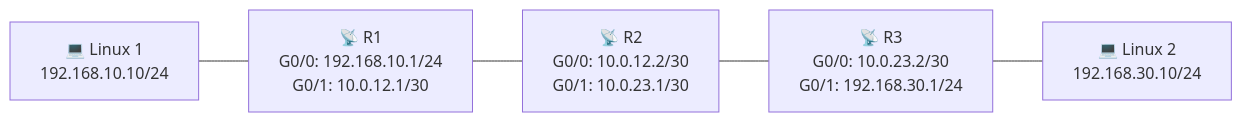
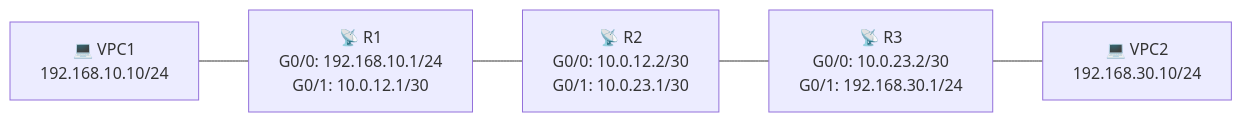
Before and after one commit to oficialvzi/PTR: the second of 3 diagrams in labs/lab04.md, drawn with Mermaid. The commit also changed other lines of this file, not shown here.

````diff
--- a/labs/lab04.md
+++ b/labs/lab04.md
@@ -85,7 +85,7 @@
 ```mermaid
 flowchart LR
-    PC1["💻 Linux 1<br/>192.168.10.10/24"] --- R1["📡 R1<br/>G0/0: 192.168.10.1/24<br/>G0/1: 10.0.12.1/30"]
+    PC1["💻 VPC1<br/>192.168.10.10/24"] --- R1["📡 R1<br/>G0/0: 192.168.10.1/24<br/>G0/1: 10.0.12.1/30"]
     R1 --- R2["📡 R2<br/>G0/0: 10.0.12.2/30<br/>G0/1: 10.0.23.1/30"]
     R2 --- R3["📡 R3<br/>G0/0: 10.0.23.2/30<br/>G0/1: 192.168.30.1/24"]
-    R3 --- PC3["💻 Linux 2<br/>192.168.30.10/24"]
+    R3 --- PC3["💻 VPC2<br/>192.168.30.10/24"]
 ```
````
